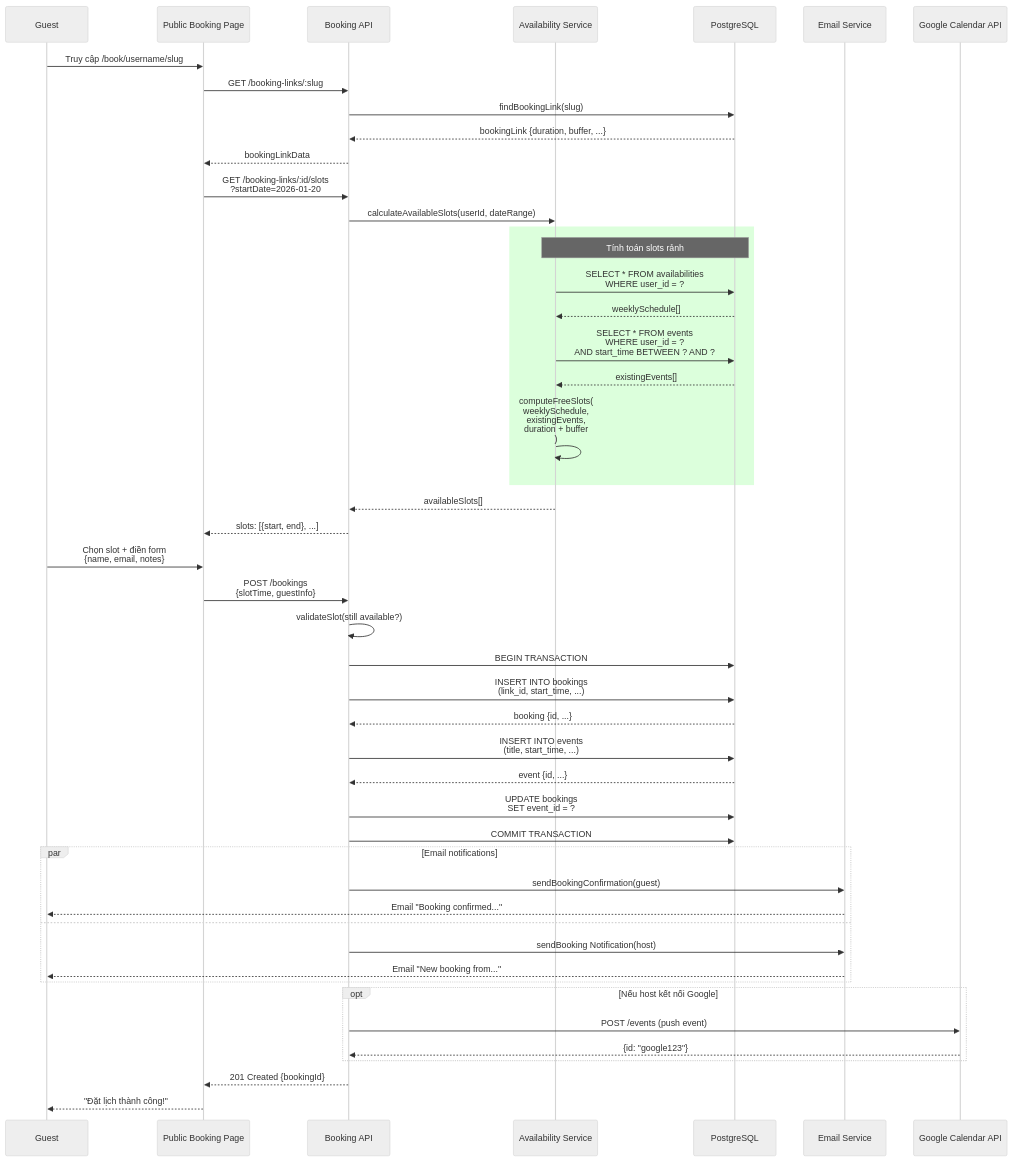
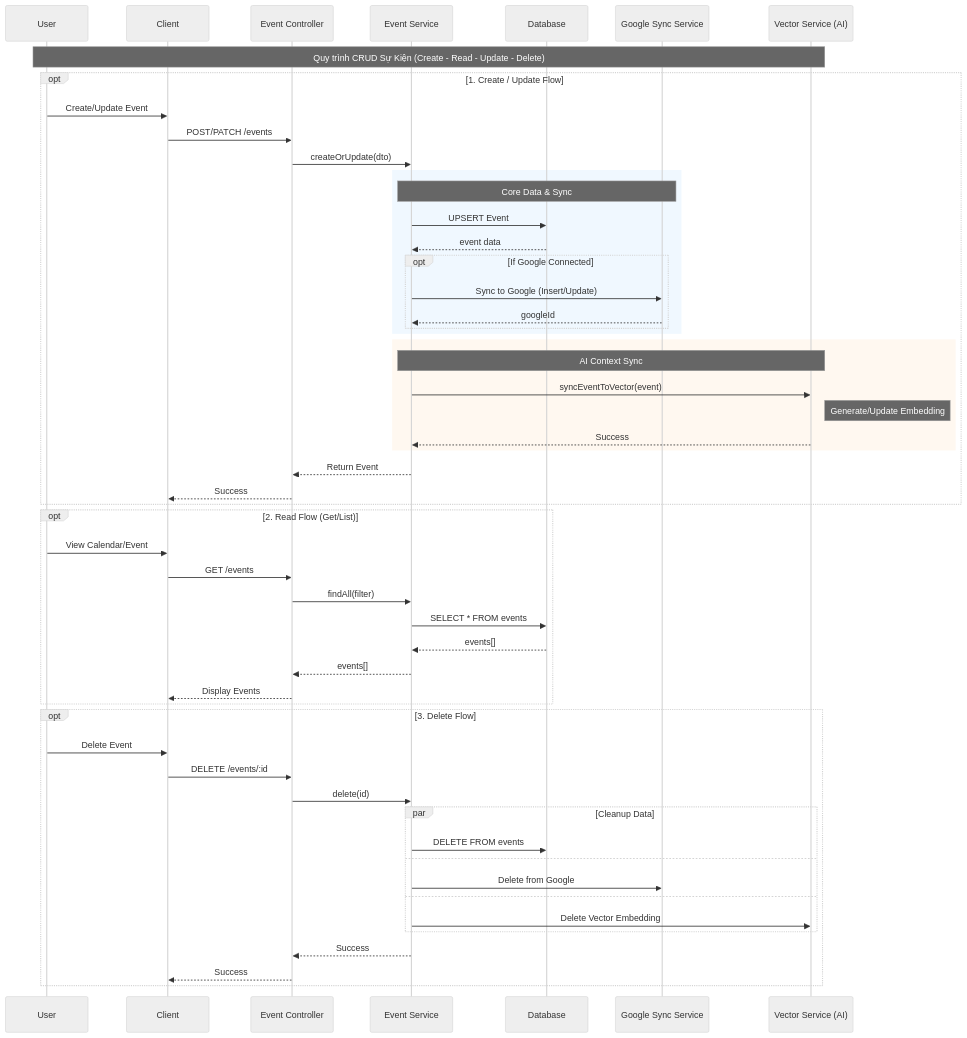
One commit to TDevUIT/Calento changed diagram 12 of 19 in reports/SE347_Báo Cáo_Nhóm 2.docx.md. Above: the diagram before and after it, drawn with Mermaid (neutral theme). The commit also changed other lines of this file, not shown here.

Commit message:
feat(report): update business process flows and sequence diagrams

````diff
--- a/reports/SE347_Báo Cáo_Nhóm 2.docx.md
+++ b/reports/SE347_Báo Cáo_Nhóm 2.docx.md
@@ -1637,64 +1522,66 @@
 ```mermaid
 sequenceDiagram
-    participant G as Guest
-    participant PUB as Public Booking Page
-    participant API as Booking API
-    participant AVAIL as Availability Service
-    participant DB as PostgreSQL
-    participant EMAIL as Email Service
-    participant GCAL as Google Calendar API
+    participant U as User
+    participant C as Client
+    participant S as Event Controller
+    participant ES as Event Service
+    participant DB as Database
+    participant G as Google Sync Service
+    participant V as Vector Service (AI)
 
-    G->>PUB: Truy cập /book/username/slug
-    PUB->>API: GET /booking-links/:slug
-    API->>DB: findBookingLink(slug)
-    DB-->>API: bookingLink {duration, buffer, ...}
-    API-->>PUB: bookingLinkData
-    
-    PUB->>API: GET /booking-links/:id/slots<br/>?startDate=2026-01-20
-    API->>AVAIL: calculateAvailableSlots(userId, dateRange)
-    
-    rect rgb(220, 255, 220)
-        Note over AVAIL,DB: Tính toán slots rảnh
-        AVAIL->>DB: SELECT * FROM availabilities<br/>WHERE user_id = ?
-        DB-->>AVAIL: weeklySchedule[]
+    Note over U, V: Quy trình CRUD Sự Kiện (Create - Read - Update - Delete)
+
+    opt 1. Create / Update Flow
+        U->>C: Create/Update Event
+        C->>S: POST/PATCH /events
+        S->>ES: createOrUpdate(dto)
         
-        AVAIL->>DB: SELECT * FROM events<br/>WHERE user_id = ?<br/>AND start_time BETWEEN ? AND ?
-        DB-->>AVAIL: existingEvents[]
+        rect rgb(240, 248, 255)
+            Note over ES, G: Core Data & Sync
+            ES->>DB: UPSERT Event
+            DB-->>ES: event data
+            
+            opt If Google Connected
+                ES->>G: Sync to Google (Insert/Update)
+                G-->>ES: googleId
+            end
+        end
+
+        rect rgb(255, 248, 240)
+            Note over ES, V: AI Context Sync
+            ES->>V: syncEventToVector(event)
+            Note right of V: Generate/Update Embedding
+            V-->>ES: Success
+        end
         
-        AVAIL->>AVAIL: computeFreeSlots(<br/>weeklySchedule,<br/>existingEvents,<br/>duration + buffer<br/>)
+        ES-->>S: Return Event
+        S-->>C: Success
     end
-    
-    AVAIL-->>API: availableSlots[]
-    API-->>PUB: slots: [{start, end}, ...]
-    
-    G->>PUB: Chọn slot + điền form<br/>{name, email, notes}
-    PUB->>API: POST /bookings<br/>{slotTime, guestInfo}
-    
-    API->>API: validateSlot(still available?)
-    API->>DB: BEGIN TRANSACTION
-    
-    API->>DB: INSERT INTO bookings<br/>(link_id, start_time, ...)
-    DB-->>API: booking {id, ...}
-    
-    API->>DB: INSERT INTO events<br/>(title, start_time, ...)
-    DB-->>API: event {id, ...}
-    
-    API->>DB: UPDATE bookings<br/>SET event_id = ?
-    API->>DB: COMMIT TRANSACTION
-    
-    par Email notifications
-        API->>EMAIL: sendBookingConfirmation(guest)
-        EMAIL-->>G: Email "Booking confirmed..."
-    and
-        API->>EMAIL: sendBooking Notification(host)
-        EMAIL-->>G: Email "New booking from..."
+
+    opt 2. Read Flow (Get/List)
+        U->>C: View Calendar/Event
+        C->>S: GET /events
+        S->>ES: findAll(filter)
+        ES->>DB: SELECT * FROM events
+        DB-->>ES: events[]
+        ES-->>S: events[]
+        S-->>C: Display Events
     end
-    
-    opt Nếu host kết nối Google
-        API->>GCAL: POST /events (push event)
-        GCAL-->>API: {id: "google123"}
+
+    opt 3. Delete Flow
+        U->>C: Delete Event
+        C->>S: DELETE /events/:id
+        S->>ES: delete(id)
+        
+        par Cleanup Data
+            ES->>DB: DELETE FROM events
+            and
+            ES->>G: Delete from Google
+            and
+            ES->>V: Delete Vector Embedding
+        end
+        
+        ES-->>S: Success
+        S-->>C: Success
     end
-    
-    API-->>PUB: 201 Created {bookingId}
-    PUB-->>G: "Đặt lịch thành công!"
 ```
````
